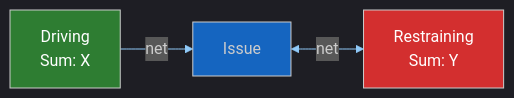
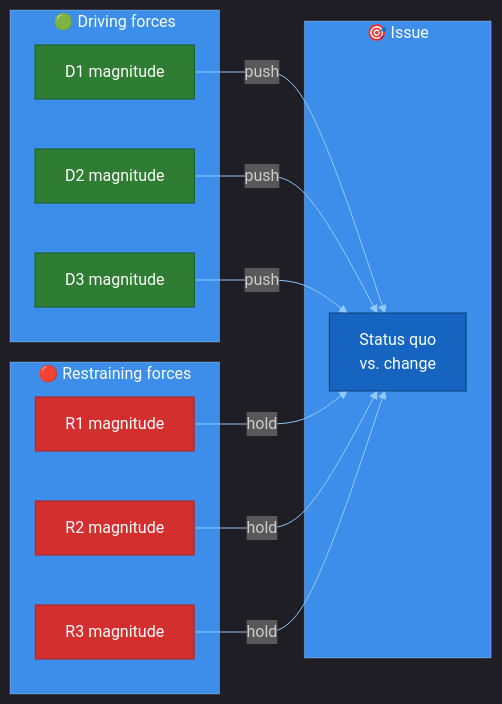
One commit to Hack23/euparliamentmonitor changed the first of 2 diagrams in analysis/templates/forces-analysis.md. Above: the diagram before and after it, drawn with Mermaid. The commit also changed other lines of this file and 5 other files, not shown here.

````diff
--- a/analysis/templates/forces-analysis.md
+++ b/analysis/templates/forces-analysis.md
@@ -47,9 +65,31 @@
 ```mermaid
 %%{init: {"theme":"dark","themeVariables":{"primaryColor":"#1565C0","primaryTextColor":"#ffffff","primaryBorderColor":"#0A3F7F","lineColor":"#90CAF9","secondaryColor":"#2E7D32","secondaryTextColor":"#ffffff","tertiaryColor":"#FF9800","tertiaryTextColor":"#000000","mainBkg":"#1565C0","secondBkg":"#2E7D32","tertiaryBkg":"#FF9800","noteBkgColor":"#FFC107","noteTextColor":"#000000","errorBkgColor":"#D32F2F","fontFamily":"Inter, Helvetica, Arial, sans-serif"}}}%%
 flowchart LR
-    DRIVE[Driving<br/>Sum: X] -->|net| ISSUE[Issue]
-    ISSUE <-->|net| REST[Restraining<br/>Sum: Y]
-    
-    style DRIVE fill:#2E7D32,color:#ffffff
-    style REST fill:#D32F2F,color:#ffffff
+    subgraph DRIVE [🟢 Driving forces]
+        D1[D1 magnitude]
+        D2[D2 magnitude]
+        D3[D3 magnitude]
+    end
+    subgraph ISSUE [🎯 Issue]
+        I[Status quo<br/>vs. change]
+    end
+    subgraph REST [🔴 Restraining forces]
+        R1[R1 magnitude]
+        R2[R2 magnitude]
+        R3[R3 magnitude]
+    end
+
+    D1 -->|push| I
+    D2 -->|push| I
+    D3 -->|push| I
+    R1 -->|hold| I
+    R2 -->|hold| I
+    R3 -->|hold| I
+
+    classDef driver fill:#2E7D32,stroke:#1B5E20,color:#ffffff;
+    classDef restraint fill:#D32F2F,stroke:#B71C1C,color:#ffffff;
+    classDef issue fill:#1565C0,stroke:#0A3F7F,color:#ffffff;
+    class D1,D2,D3 driver;
+    class R1,R2,R3 restraint;
+    class I issue;
 ```
````
